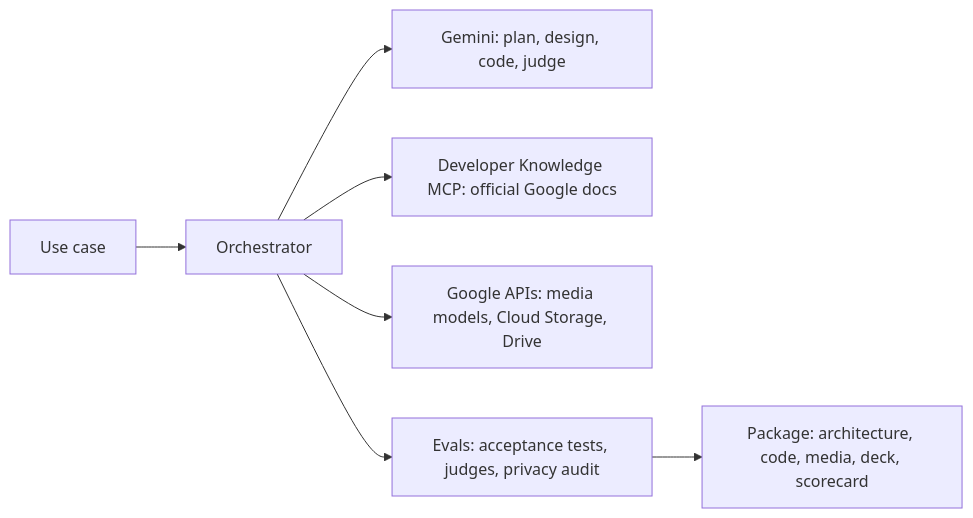
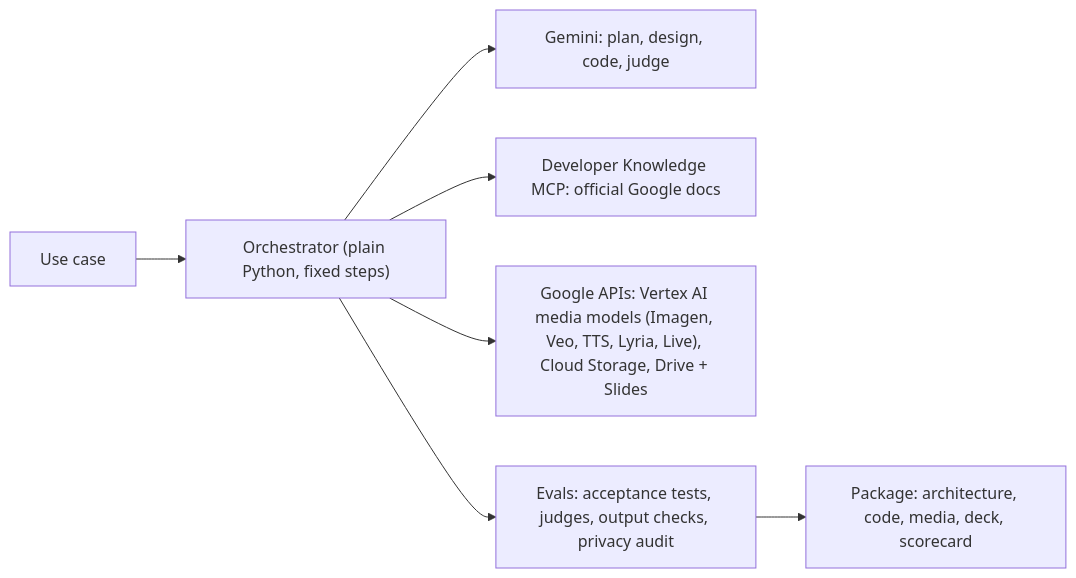
One commit to LUJ20/eliminating-custom-demo-toil-with-google-mcp changed the first of 2 diagrams in README.md. Above: the diagram before and after it, drawn with Mermaid. The commit also changed other lines of this file and 14 other files, not shown here.

First line of the commit message:
Slide 2 mirrors the app diagram, one Open-a-demo picker, Google Slides on Cloud Run, full eval rules in README

````diff
--- a/README.md
+++ b/README.md
@@ -33,9 +35,9 @@
 ```mermaid
 flowchart LR
-    U["Use case"] --> O["Orchestrator"]
+    U["Use case"] --> O["Orchestrator (plain Python, fixed steps)"]
     O --> B["Gemini: plan, design, code, judge"]
     O --> K["Developer Knowledge MCP: official Google docs"]
-    O --> T["Google APIs: media models, Cloud Storage, Drive"]
-    O --> E["Evals: acceptance tests, judges, privacy audit"]
+    O --> T["Google APIs: Vertex AI media models (Imagen, Veo, TTS, Lyria, Live), Cloud Storage, Drive + Slides"]
+    O --> E["Evals: acceptance tests, judges, output checks, privacy audit"]
     E --> P["Package: architecture, code, media, deck, scorecard"]
 ```
````
